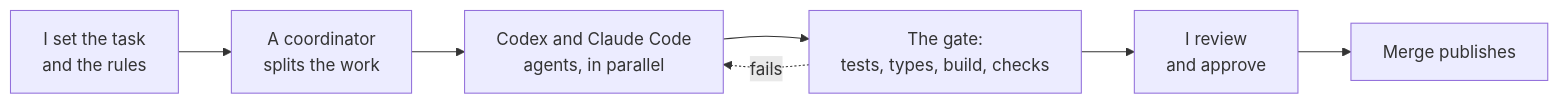
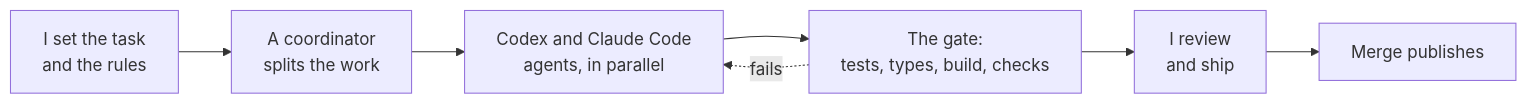
Before and after one commit to rekomakela/rekomakela: the diagram in README.md, drawn with Mermaid. The commit also changed other lines of this file, not shown here.

````diff
--- a/README.md
+++ b/README.md
@@ -11,9 +11,9 @@
 ```mermaid
 flowchart LR
   A["I set the task<br/>and the rules"] --> B["A coordinator<br/>splits the work"]
   B --> C["Codex and Claude Code<br/>agents, in parallel"]
   C --> D["The gate:<br/>tests, types, build, checks"]
-  D --> E["I review<br/>and approve"]
+  D --> E["I review<br/>and ship"]
   E --> F["Merge publishes"]
   D -. fails .-> C
 ```
````
